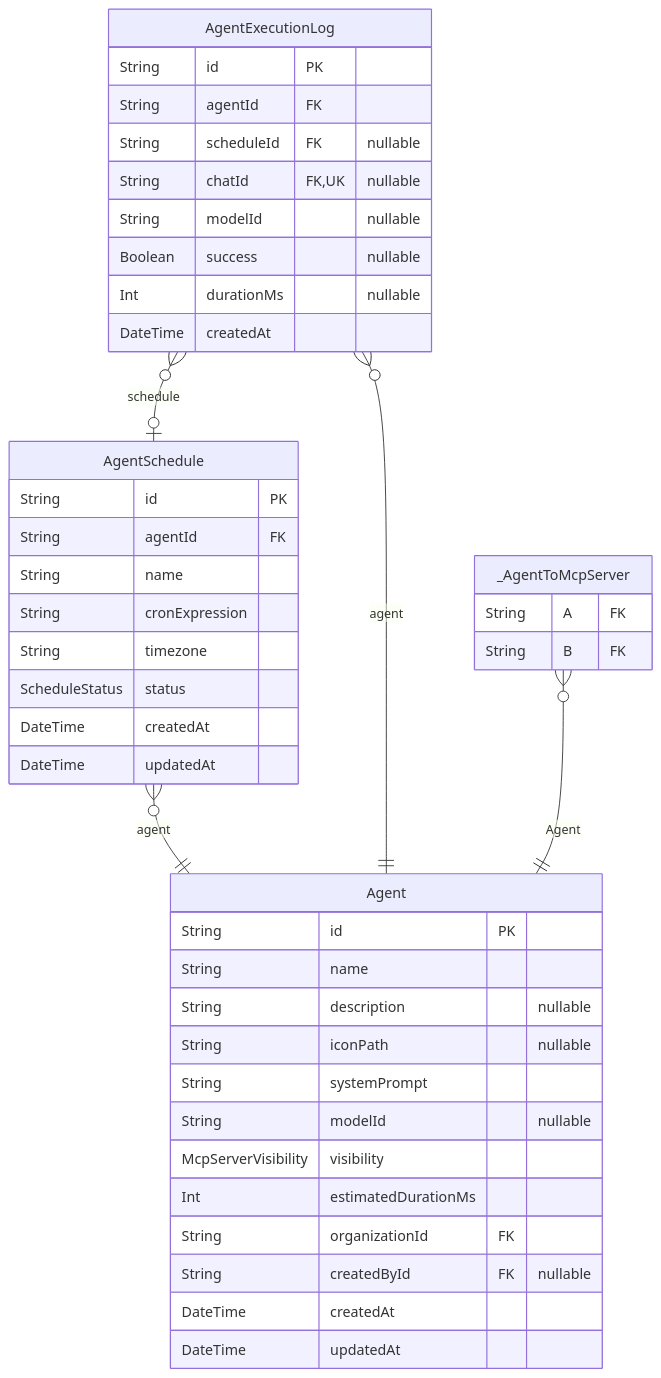
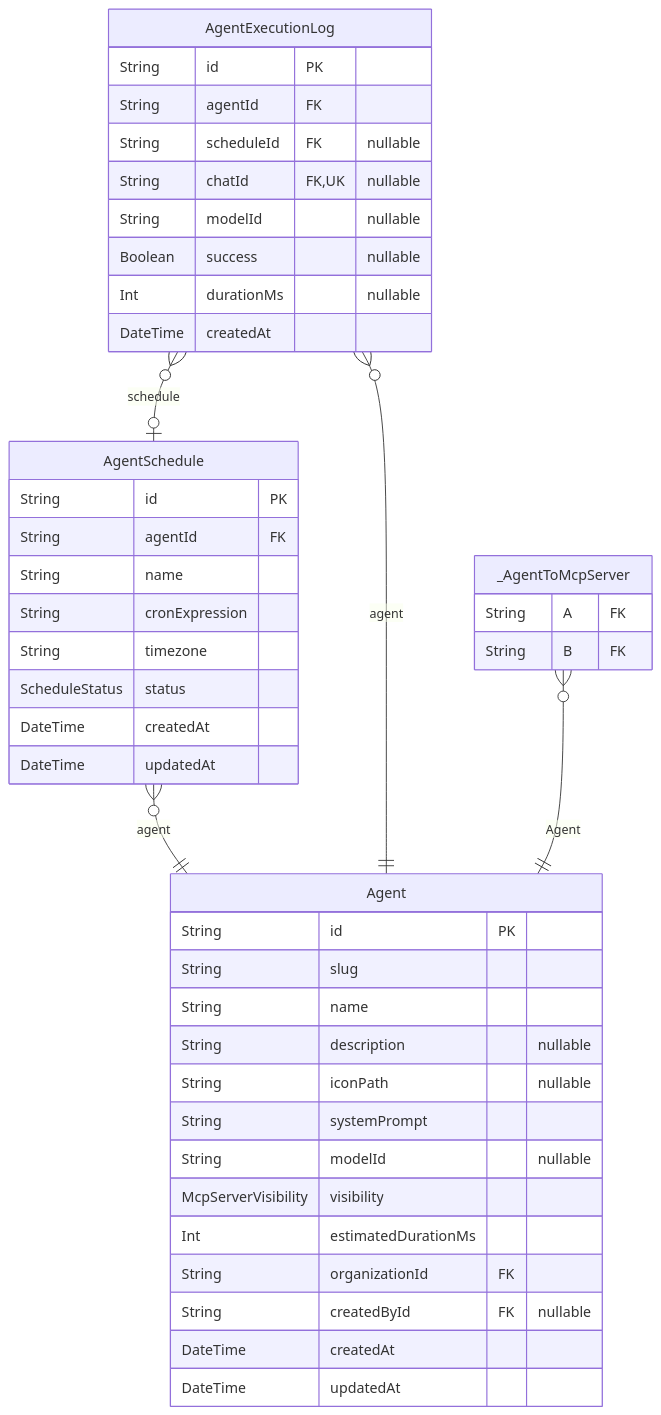
The first of 10 diagrams in packages/db/prisma/README.md (rayven122/tumiki), drawn with Mermaid before and after one commit. The commit also changed other lines of this file and 23 other files, not shown here.

````diff
--- a/packages/db/prisma/README.md
+++ b/packages/db/prisma/README.md
@@ -16,45 +16,46 @@
 ```mermaid
 erDiagram
 "Agent" {
   String id PK
+  String slug
   String name
   String description "nullable"
   String iconPath "nullable"
   String systemPrompt
   String modelId "nullable"
   McpServerVisibility visibility
   Int estimatedDurationMs
   String organizationId FK
   String createdById FK "nullable"
   DateTime createdAt
   DateTime updatedAt
 }
 "AgentSchedule" {
   String id PK
   String agentId FK
   String name
   String cronExpression
   String timezone
   ScheduleStatus status
   DateTime createdAt
   DateTime updatedAt
 }
 "AgentExecutionLog" {
   String id PK
   String agentId FK
   String scheduleId FK "nullable"
   String chatId FK,UK "nullable"
   String modelId "nullable"
   Boolean success "nullable"
   Int durationMs "nullable"
   DateTime createdAt
 }
 "_AgentToMcpServer" {
   String A FK
   String B FK
 }
 "AgentSchedule" }o--|| "Agent" : agent
 "AgentExecutionLog" }o--|| "Agent" : agent
 "AgentExecutionLog" }o--o| "AgentSchedule" : schedule
 "_AgentToMcpServer" }o--|| "Agent" : Agent
 ```
````
